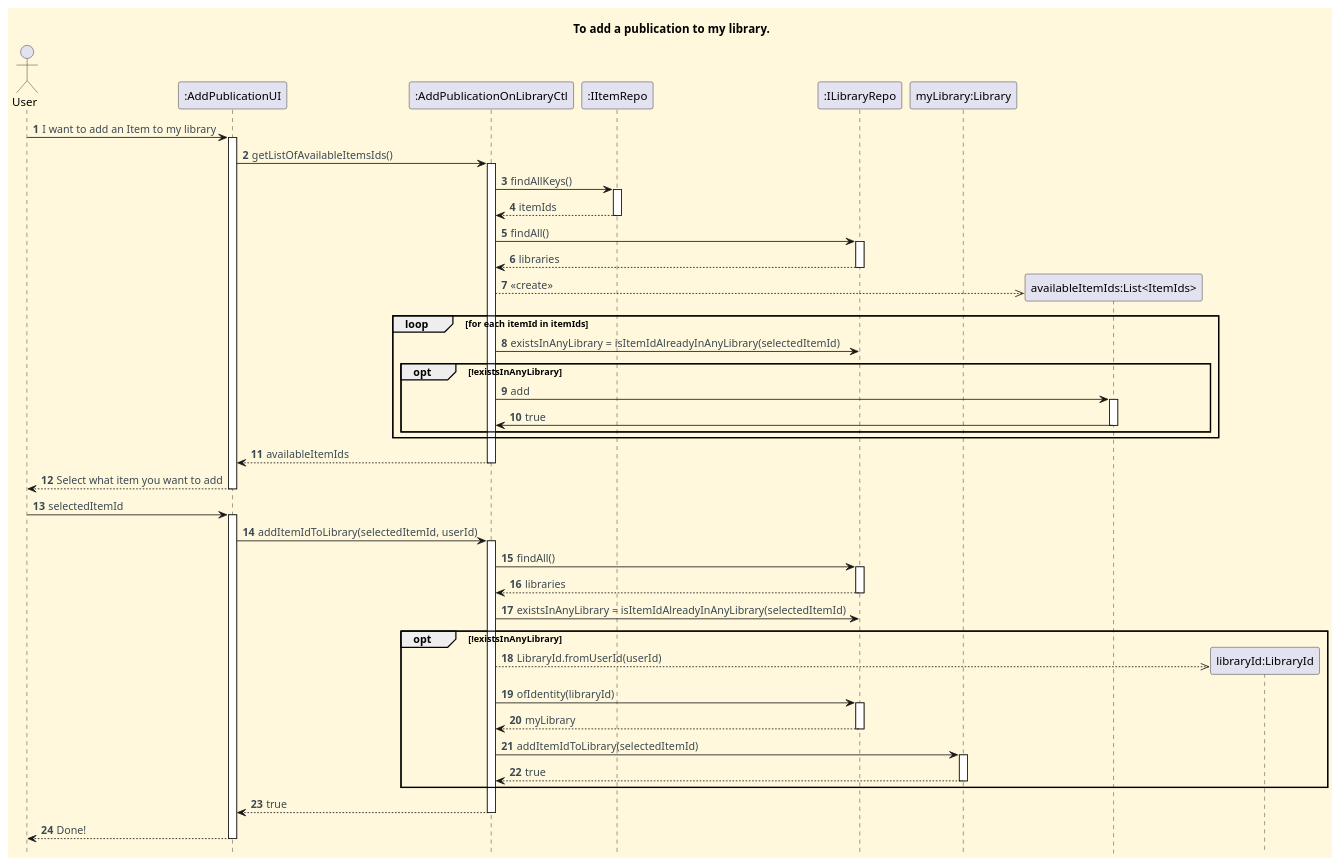
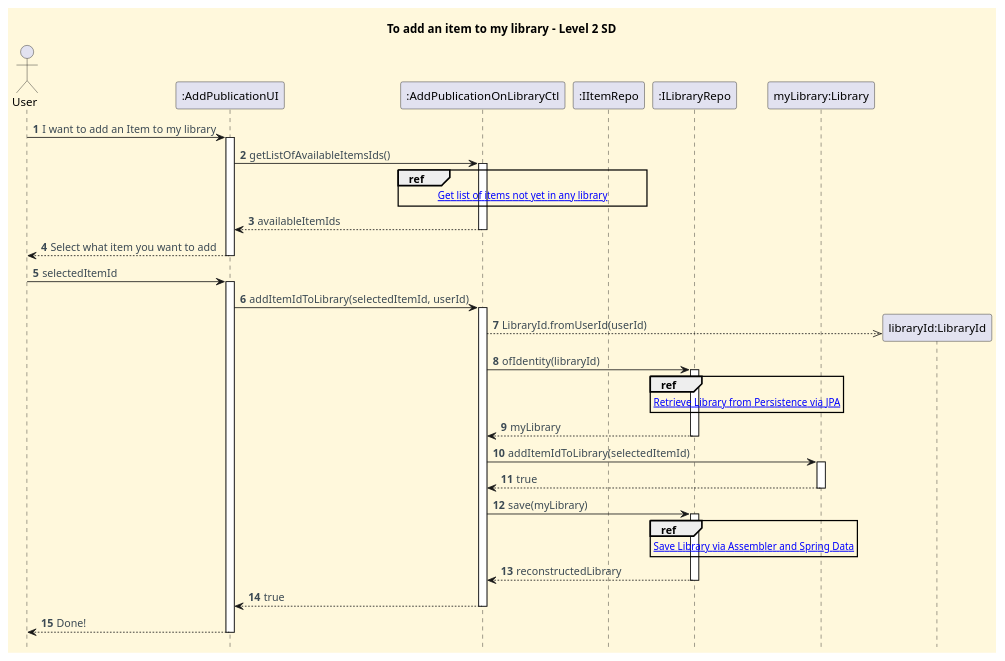
Before and after one commit to CarolinaLeite-collab/JavaMarketplacePlatform: the diagram in docs/functionalities/user/add-item-to-my-library/Add_Item_To_My_Library_SD.puml, drawn with PlantUML.

Commit message:
task: Updated the AddItemToMyLibrary SD (JPA), #639

```diff
--- a/docs/functionalities/user/add-item-to-my-library/Add_Item_To_My_Library_SD.puml
+++ b/docs/functionalities/user/add-item-to-my-library/Add_Item_To_My_Library_SD.puml
@@ -1,88 +1,72 @@
 @startuml
-'https://plantuml.com/sequence-diagram
+title To add an item to my library - Level 2 SD
 hide footbox
-title  To add a publication to my library.
 
 '==== basic style ====
 skinparam monochrome false
 skinparam shadowing false
 skinparam defaultFontName Futura
 skinparam objectFontSize 20
 skinparam backgroundColor CornSilk
 skinparam objectBackgroundColor WhiteSmoke
 skinparam noteBackgroundColor #FFFFE0
 skinparam ArrowFontColor #3B4953
 skinparam ActivationBackgroundColor black
 
 autonumber
-autoactivate off
 
-
+' ==== participants ====
 actor User
 participant ":AddPublicationUI" as UI
 participant ":AddPublicationOnLibraryCtl" as CTL
 participant ":IItemRepo" as ITEMREPO
 participant ":ILibraryRepo" as LIBREPO
 participant "myLibrary:Library" as LIB
 
 User -> UI : I want to add an Item to my library
 activate UI
 UI -> CTL : getListOfAvailableItemsIds()
 activate CTL
-CTL -> ITEMREPO : findAllKeys()
-activate ITEMREPO
-ITEMREPO --> CTL : itemIds
-deactivate ITEMREPO
-CTL -> LIBREPO : findAll()
-activate LIBREPO
-LIBREPO --> CTL : libraries
-deactivate LIBREPO
-create "availableItemIds:List<ItemIds>"
-CTL -->> "availableItemIds:List<ItemIds>" : <<create>>
 
-
-    loop  for each itemId in itemIds
-    CTL -> LIBREPO : existsInAnyLibrary = isItemIdAlreadyInAnyLibrary(selectedItemId)
-    opt !existsInAnyLibrary
-    CTL -> "availableItemIds:List<ItemIds>" : add
-    activate "availableItemIds:List<ItemIds>"
-    "availableItemIds:List<ItemIds>" -> CTL : true
-    deactivate "availableItemIds:List<ItemIds>"
-    end
-    end
+' Reference to Item Discovery
+ref over CTL, ITEMREPO : [[Get_Available_Items.puml Get list of items not yet in any library]]
 
 CTL --> UI : availableItemIds
 deactivate CTL
 
 UI --> User : Select what item you want to add
 deactivate UI
 User -> UI : selectedItemId
 activate UI
+
 UI -> CTL : addItemIdToLibrary(selectedItemId, userId)
 activate CTL
-CTL -> LIBREPO : findAll()
+
+' Retrieval Phase
+create "libraryId:LibraryId"
+CTL -->> "libraryId:LibraryId" : LibraryId.fromUserId(userId)
+
+CTL -> LIBREPO : ofIdentity(libraryId)
 activate LIBREPO
-LIBREPO --> CTL : libraries
+ref over LIBREPO : [[Retrieve_Library.puml Retrieve Library from Persistence via JPA]]
+LIBREPO --> CTL : myLibrary
 deactivate LIBREPO
-CTL -> LIBREPO : existsInAnyLibrary = isItemIdAlreadyInAnyLibrary(selectedItemId)
 
-    opt !existsInAnyLibrary
+' Domain Logic
+CTL -> LIB : addItemIdToLibrary(selectedItemId)
+activate LIB
+LIB --> CTL : true
+deactivate LIB
 
-        create "libraryId:LibraryId"
-        CTL -->> "libraryId:LibraryId" : LibraryId.fromUserId(userId)
-        CTL -> LIBREPO : ofIdentity(libraryId)
-        activate LIBREPO
-        LIBREPO --> CTL : myLibrary
-        deactivate LIBREPO
-        CTL -> LIB : addItemIdToLibrary(selectedItemId)
-        activate LIB
-        LIB --> CTL : true
-        deactivate LIB
+' Persistence Phase
+CTL -> LIBREPO : save(myLibrary)
+activate LIBREPO
+ref over LIBREPO : [[Save_Library.puml Save Library via Assembler and Spring Data]]
+LIBREPO --> CTL : reconstructedLibrary
+deactivate LIBREPO
 
-    end
 CTL --> UI : true
 deactivate CTL
 UI --> User : Done!
 deactivate UI
-
 @enduml
```
